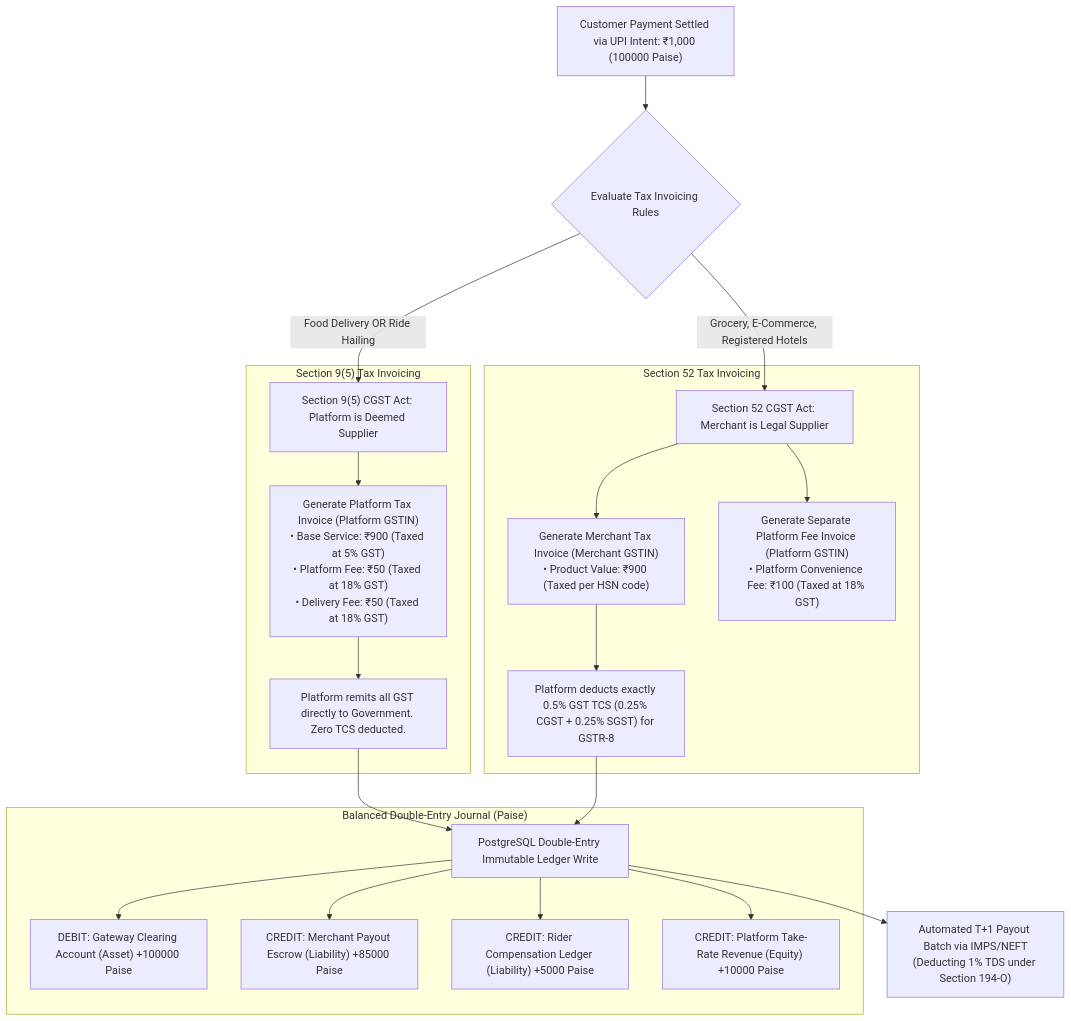
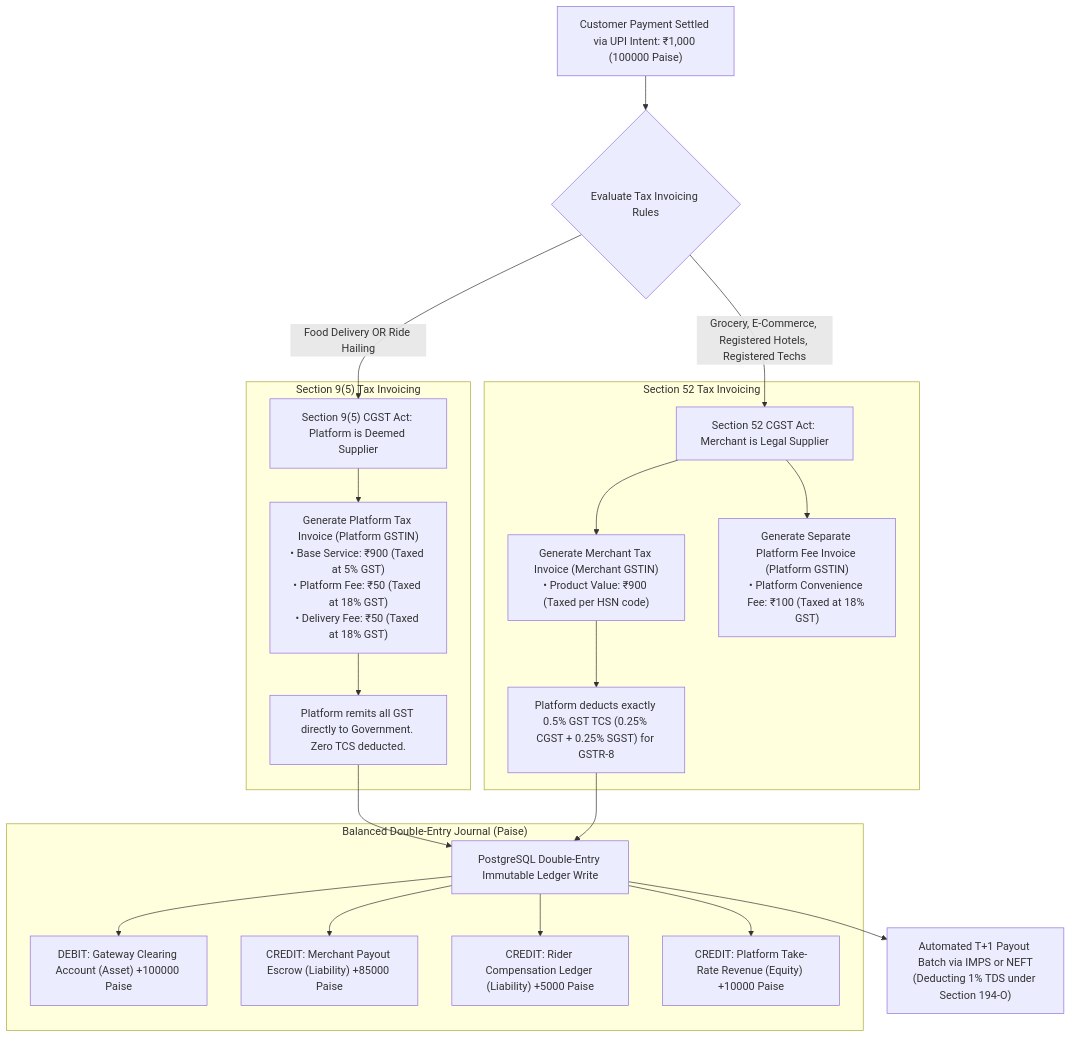
Diagram 16 of 17 in docs/06_visual_hierarchy_and_flows/high_level_visual_hierarchy.md (programmerfiroz/all-in-one), drawn with Mermaid before and after one commit. The commit also changed other lines of this file, not shown here.

Commit message:
docs: finalize exhaustive visual hierarchy blueprint (VHB-IND-V1.1) with 17 verified mermaid diagrams

````diff
--- a/docs/06_visual_hierarchy_and_flows/high_level_visual_hierarchy.md
+++ b/docs/06_visual_hierarchy_and_flows/high_level_visual_hierarchy.md
@@ -376,30 +527,30 @@
 ```mermaid
 flowchart TD
     CustomerCharge["Customer Payment Settled via UPI Intent: ₹1,000 (100000 Paise)"] --> Router{"Evaluate Tax Invoicing Rules"}
     
     Router -->|Food Delivery OR Ride Hailing| Sec95_Flow["Section 9(5) CGST Act: Platform is Deemed Supplier"]
-    Router -->|Grocery, E-Commerce, Registered Hotels| Sec52_Flow["Section 52 CGST Act: Merchant is Legal Supplier"]
+    Router -->|Grocery, E-Commerce, Registered Hotels, Registered Techs| Sec52_Flow["Section 52 CGST Act: Merchant is Legal Supplier"]
     
     subgraph Sec95_Invoicing["Section 9(5) Tax Invoicing"]
-        Sec95_Flow --> Inv_Plat["Generate Platform Tax Invoice (Platform GSTIN)\n• Base Service: ₹900 (Taxed at 5% GST)\n• Platform Fee: ₹50 (Taxed at 18% GST)\n• Delivery Fee: ₹50 (Taxed at 18% GST)"]
+        Sec95_Flow --> Inv_Plat["Generate Platform Tax Invoice (Platform GSTIN)<br/>• Base Service: ₹900 (Taxed at 5% GST)<br/>• Platform Fee: ₹50 (Taxed at 18% GST)<br/>• Delivery Fee: ₹50 (Taxed at 18% GST)"]
         Inv_Plat --> Remit_Direct["Platform remits all GST directly to Government. Zero TCS deducted."]
     end
     
     subgraph Sec52_Invoicing["Section 52 Tax Invoicing"]
-        Sec52_Flow --> Inv_Merch["Generate Merchant Tax Invoice (Merchant GSTIN)\n• Product Value: ₹900 (Taxed per HSN code)"]
-        Sec52_Flow --> Inv_PlatFee["Generate Separate Platform Fee Invoice (Platform GSTIN)\n• Platform Convenience Fee: ₹100 (Taxed at 18% GST)"]
+        Sec52_Flow --> Inv_Merch["Generate Merchant Tax Invoice (Merchant GSTIN)<br/>• Product Value: ₹900 (Taxed per HSN code)"]
+        Sec52_Flow --> Inv_PlatFee["Generate Separate Platform Fee Invoice (Platform GSTIN)<br/>• Platform Convenience Fee: ₹100 (Taxed at 18% GST)"]
         Inv_Merch --> DeductTCS["Platform deducts exactly 0.5% GST TCS (0.25% CGST + 0.25% SGST) for GSTR-8"]
     end
     
     Remit_Direct --> DoubleEntry["PostgreSQL Double-Entry Immutable Ledger Write"]
     DeductTCS --> DoubleEntry
     
     subgraph LedgerWrites["Balanced Double-Entry Journal (Paise)"]
         DoubleEntry --> DebitCash["DEBIT: Gateway Clearing Account (Asset) +100000 Paise"]
         DoubleEntry --> CreditMerchant["CREDIT: Merchant Payout Escrow (Liability) +85000 Paise"]
         DoubleEntry --> CreditRider["CREDIT: Rider Compensation Ledger (Liability) +5000 Paise"]
         DoubleEntry --> CreditRev["CREDIT: Platform Take-Rate Revenue (Equity) +10000 Paise"]
     end
     
-    DoubleEntry --> T1Settlement["Automated T+1 Payout Batch via IMPS/NEFT\n(Deducting 1% TDS under Section 194-O)"]
+    DoubleEntry --> T1Settlement["Automated T+1 Payout Batch via IMPS or NEFT<br/>(Deducting 1% TDS under Section 194-O)"]
 ```
````
